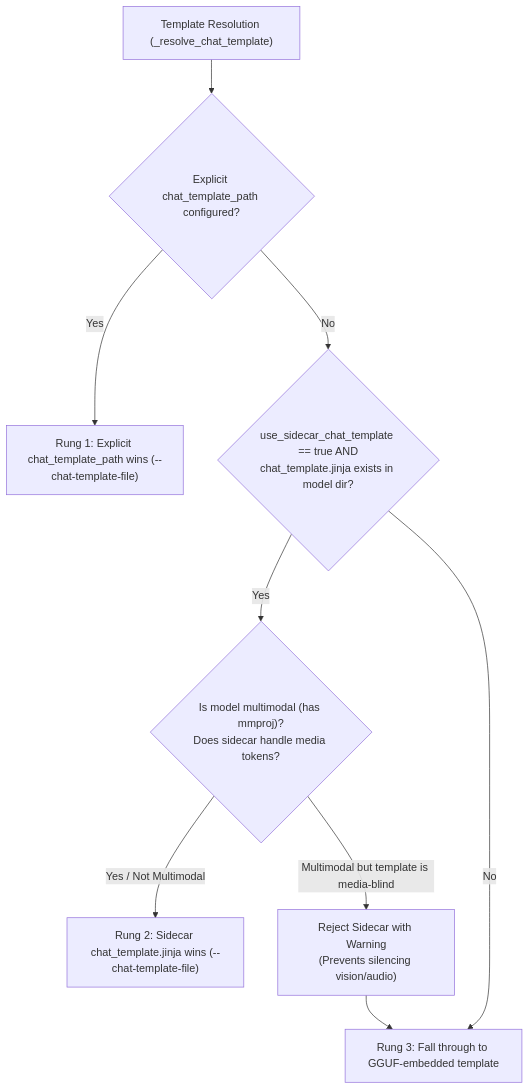
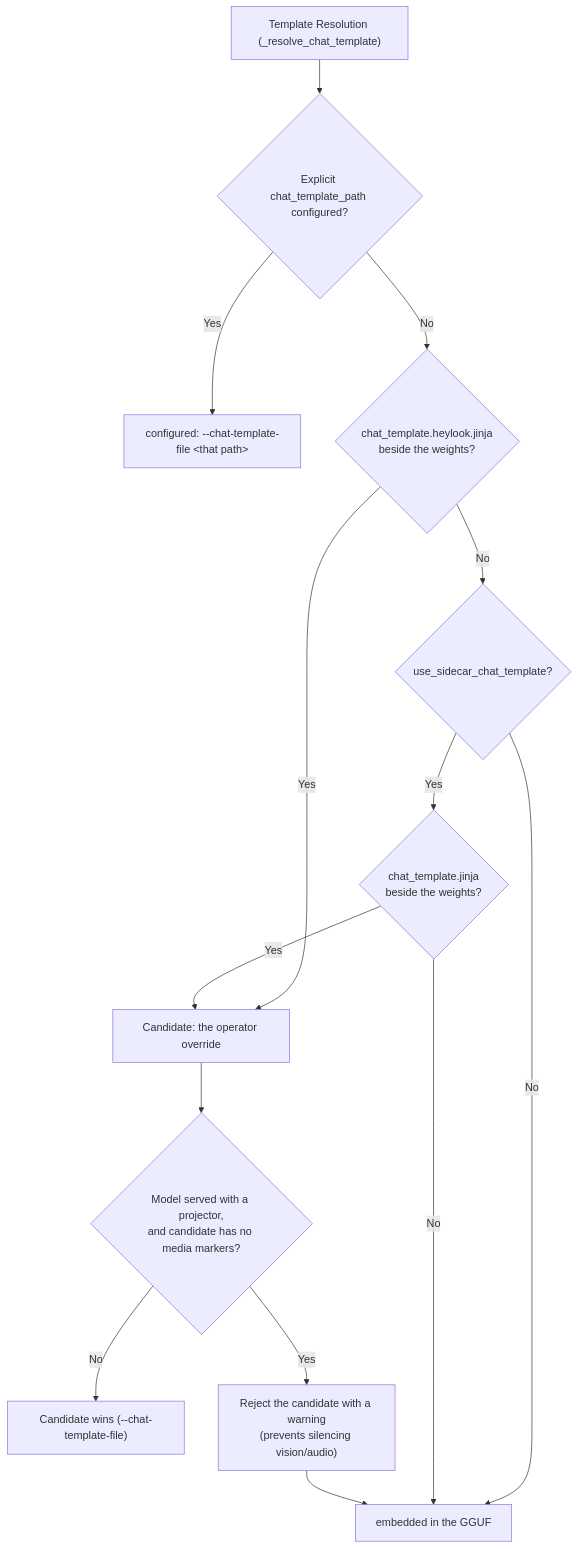
Before and after one commit to fblissjr/heylookitsanllm: the second of 3 diagrams in docs/wiki/llama_server_build_and_spawn.md, drawn with Mermaid. The commit also changed other lines of this file and 16 other files, not shown here.

````diff
--- a/docs/wiki/llama_server_build_and_spawn.md
+++ b/docs/wiki/llama_server_build_and_spawn.md
@@ -259,13 +259,18 @@
 ```mermaid
 flowchart TD
     Start["Template Resolution (_resolve_chat_template)"] --> CheckExplicit{"Explicit chat_template_path configured?"}
-    CheckExplicit -- Yes --> Rung1["Rung 1: Explicit chat_template_path wins (--chat-template-file)"]
-    CheckExplicit -- No --> CheckSidecar{"use_sidecar_chat_template == true AND<br/>chat_template.jinja exists in model dir?"}
-    
-    CheckSidecar -- Yes --> CheckMedia{"Is model multimodal (has mmproj)?<br/>Does sidecar handle media tokens?"}
-    CheckMedia -- Yes / Not Multimodal --> Rung2["Rung 2: Sidecar chat_template.jinja wins (--chat-template-file)"]
-    CheckMedia -- Multimodal but template is media-blind --> SkipSidecar["Reject Sidecar with Warning<br/>(Prevents silencing vision/audio)"]
-    
-    CheckSidecar -- No --> Rung3["Rung 3: Fall through to GGUF-embedded template"]
-    SkipSidecar --> Rung3
+    CheckExplicit -- Yes --> Configured["configured: --chat-template-file &lt;that path&gt;"]
+    CheckExplicit -- No --> CheckOverride{"chat_template.heylook.jinja<br/>beside the weights?"}
+
+    CheckOverride -- Yes --> Candidate["Candidate: the operator override"]
+    CheckOverride -- No --> CheckFlag{"use_sidecar_chat_template?"}
+    CheckFlag -- No --> Embedded["embedded in the GGUF"]
+    CheckFlag -- Yes --> CheckPublisher{"chat_template.jinja<br/>beside the weights?"}
+    CheckPublisher -- No --> Embedded
+    CheckPublisher -- Yes --> Candidate
+
+    Candidate --> CheckMedia{"Model served with a projector,<br/>and candidate has no media markers?"}
+    CheckMedia -- No --> Win["Candidate wins (--chat-template-file)"]
+    CheckMedia -- Yes --> Reject["Reject the candidate with a warning<br/>(prevents silencing vision/audio)"]
+    Reject --> Embedded
 ```
````
